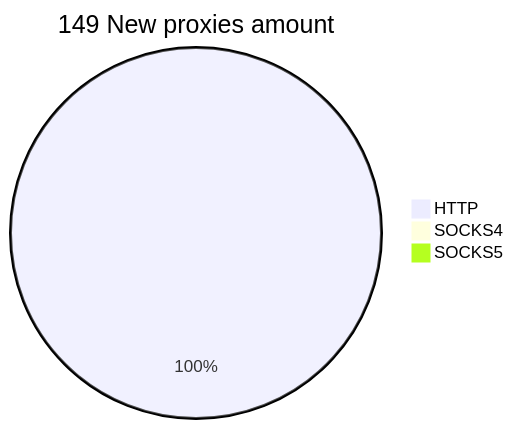
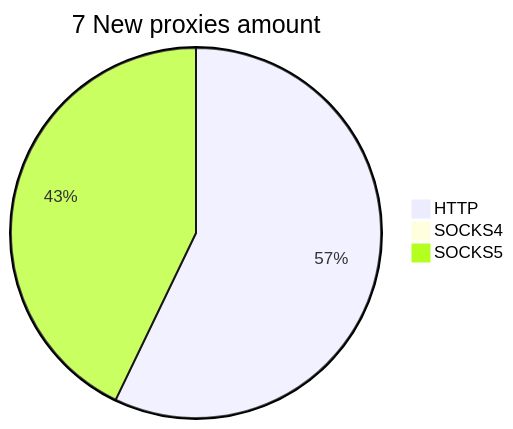
One commit to cutipu/proxylist changed the second of 2 diagrams in README.md. Above: the diagram before and after it, drawn with Mermaid. The commit also changed other lines of this file, not shown here.

````diff
--- a/README.md
+++ b/README.md
@@ -10,6 +10,6 @@
 ```mermaid
-pie title 149 New proxies amount
-    "HTTP" : 178
+pie title 7 New proxies amount
+    "HTTP" : 4
     "SOCKS4" : 0
-    "SOCKS5" : 0
+    "SOCKS5" : 3
 ```
````
